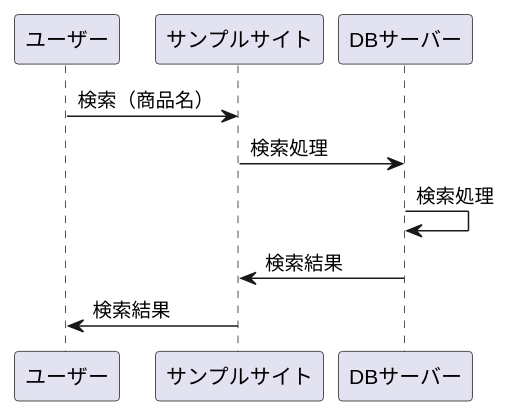
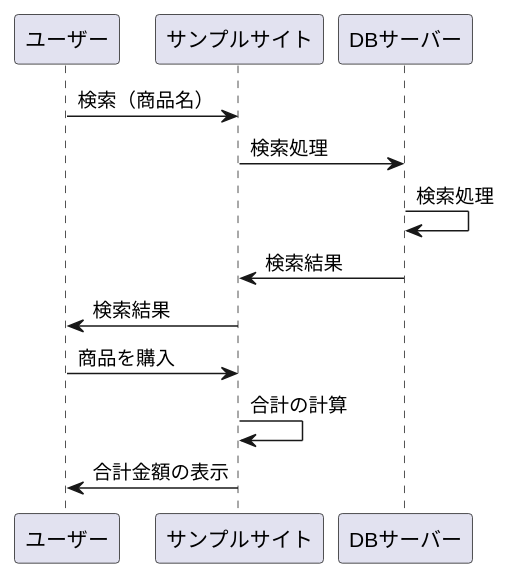
One commit to Aso2001140/2012sys-design changed the diagram in 8_02.md. Above: the diagram before and after it, drawn with PlantUML.

````diff
--- a/8_02.md
+++ b/8_02.md
@@ -1,9 +1,13 @@
 ```uml
 @startuml
 ユーザー -> サンプルサイト : 検索（商品名）
 サンプルサイト -> DBサーバー : 検索処理
 DBサーバー -> DBサーバー : 検索処理
 DBサーバー -> サンプルサイト : 検索結果
 サンプルサイト -> ユーザー : 検索結果
+
+ユーザー -> サンプルサイト : 商品を購入
+サンプルサイト -> サンプルサイト : 合計の計算
+サンプルサイト -> ユーザー : 合計金額の表示
 @enduml
 ```
````
